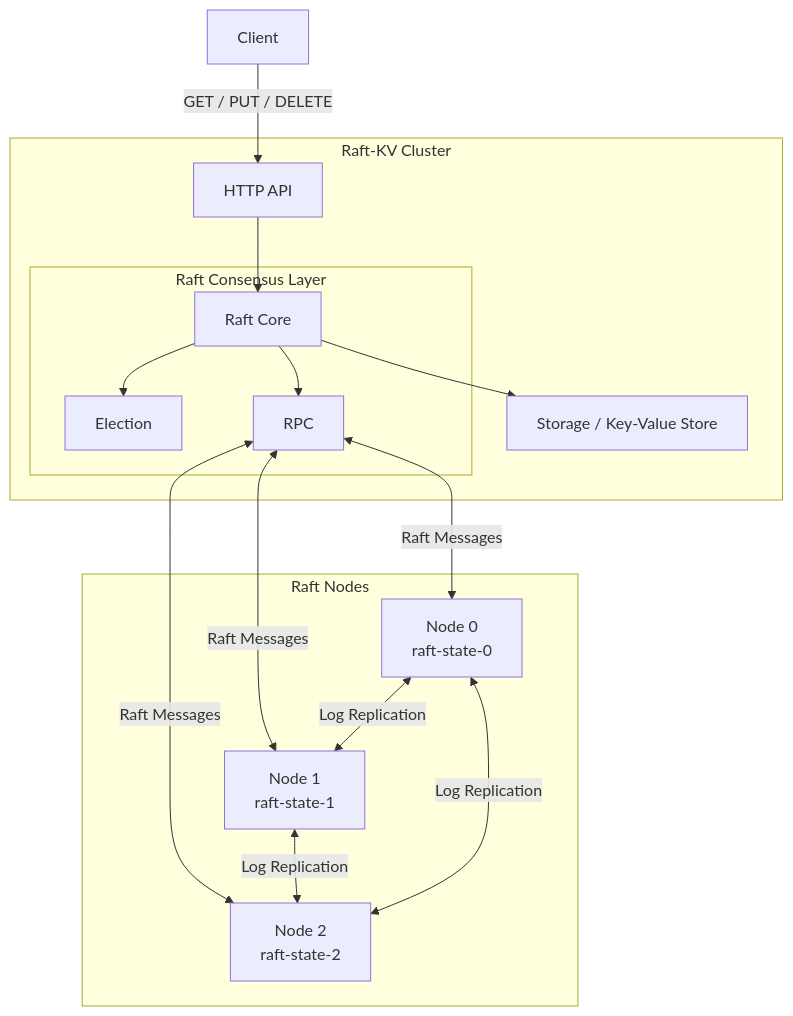
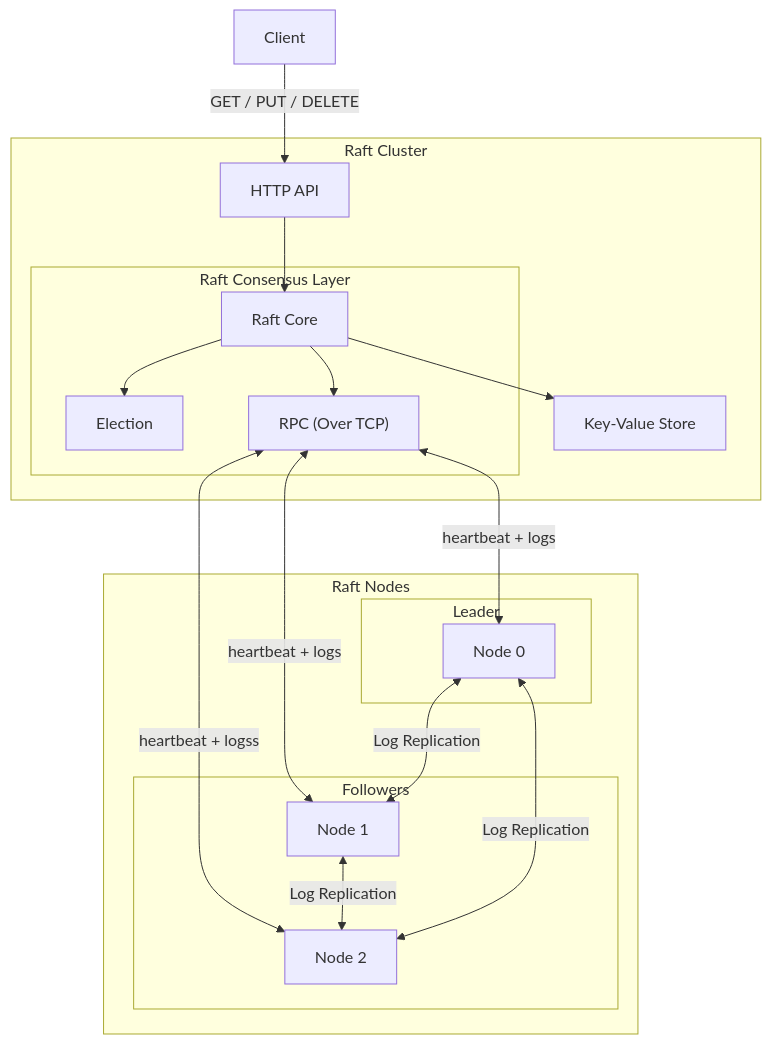
One commit to J-Hwang7/raft-kv changed the diagram in README.md. Above: the diagram before and after it, drawn with Mermaid. The commit also changed other lines of this file, not shown here.

````diff
--- a/README.md
+++ b/README.md
@@ -35,37 +42,42 @@
 ```mermaid
 flowchart TB
     Client["Client"]
 
-    subgraph Cluster["Raft-KV Cluster"]
+    subgraph Cluster["Raft Cluster"]
         API["HTTP API"]
 
         subgraph Raft["Raft Consensus Layer"]
             Core["Raft Core"]
             Election["Election"]
-            RPC["RPC"]
+            RPC["RPC (Over TCP)"]
         end
 
-        Storage["Storage / Key-Value Store"]
+        Storage["Key-Value Store"]
     end
 
     subgraph Nodes["Raft Nodes"]
-        N0["Node 0<br/>raft-state-0"]
-        N1["Node 1<br/>raft-state-1"]
-        N2["Node 2<br/>raft-state-2"]
+        subgraph Leader["Leader"]
+            N0["Node 0"]
+        end
+        subgraph Follower["Followers"]
+            N1["Node 1"]
+            N2["Node 2"]
+        end
+
     end
 
     Client -->|"GET / PUT / DELETE"| API
     API --> Core
 
     Core --> Election
     Core --> RPC
     Core --> Storage
 
-    RPC <-->|"Raft Messages"| N0
-    RPC <-->|"Raft Messages"| N1
-    RPC <-->|"Raft Messages"| N2
+    RPC <-->|"heartbeat + logs"| N0
+    RPC <-->|"heartbeat + logs"| N1
+    RPC <-->|"heartbeat + logss"| N2
 
     N0 <-->|"Log Replication"| N1
     N1 <-->|"Log Replication"| N2
     N0 <-->|"Log Replication"| N2
 ```
````
